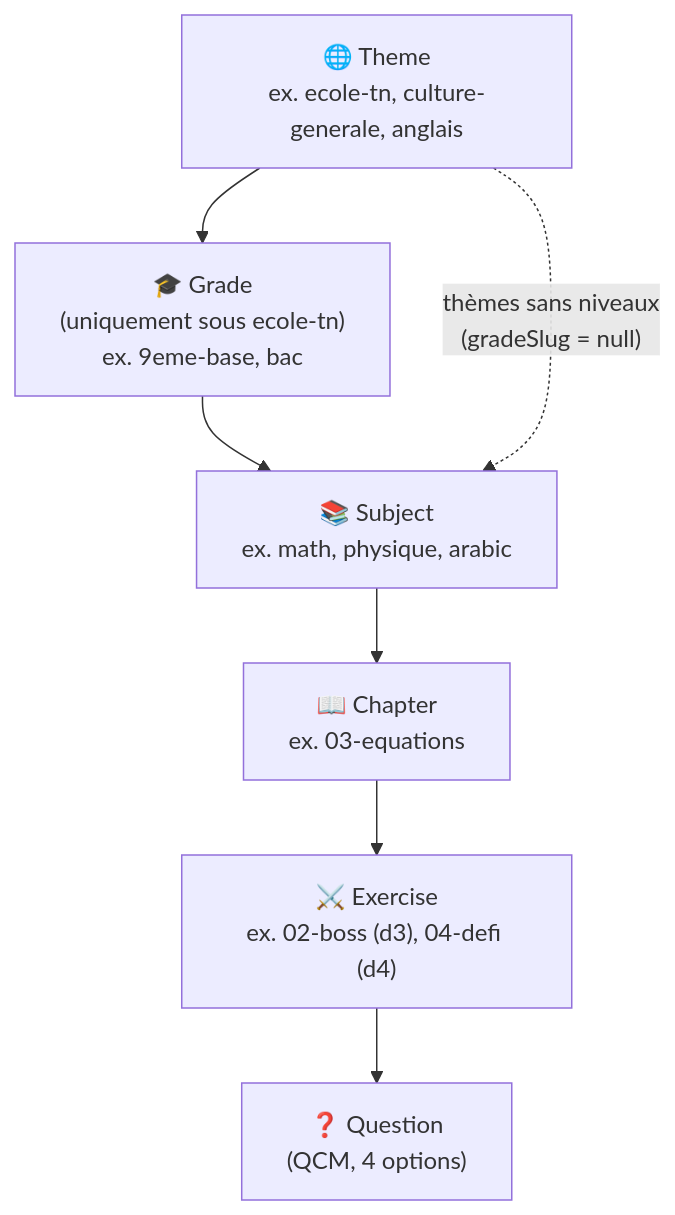
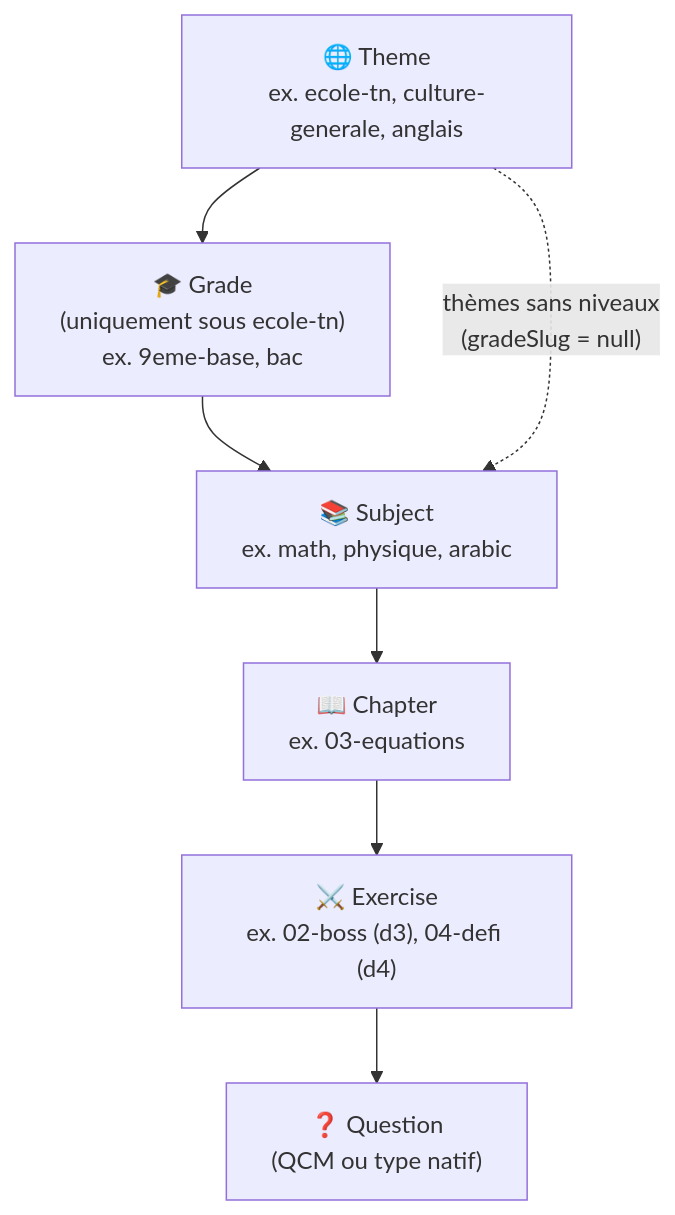
One commit to MBeji/yahia-quest-arena changed the third of 10 diagrams in docs/content-generation-pipeline.md. Above: the diagram before and after it, drawn with Mermaid. The commit also changed other lines of this file and 5522 other files, not shown here.

````diff
--- a/docs/content-generation-pipeline.md
+++ b/docs/content-generation-pipeline.md
@@ -63,12 +128,12 @@
 ```mermaid
 flowchart TD
     T["🌐 Theme\nex. ecole-tn, culture-generale, anglais"]
     G["🎓 Grade\n(uniquement sous ecole-tn)\nex. 9eme-base, bac"]
     S["📚 Subject\nex. math, physique, arabic"]
     C["📖 Chapter\nex. 03-equations"]
     E["⚔️ Exercise\nex. 02-boss (d3), 04-defi (d4)"]
-    Q["❓ Question\n(QCM, 4 options)"]
+    Q["❓ Question\n(QCM ou type natif)"]
 
     T --> G --> S --> C --> E --> Q
     T -. "thèmes sans niveaux\n(gradeSlug = null)" .-> S
 ```
````
